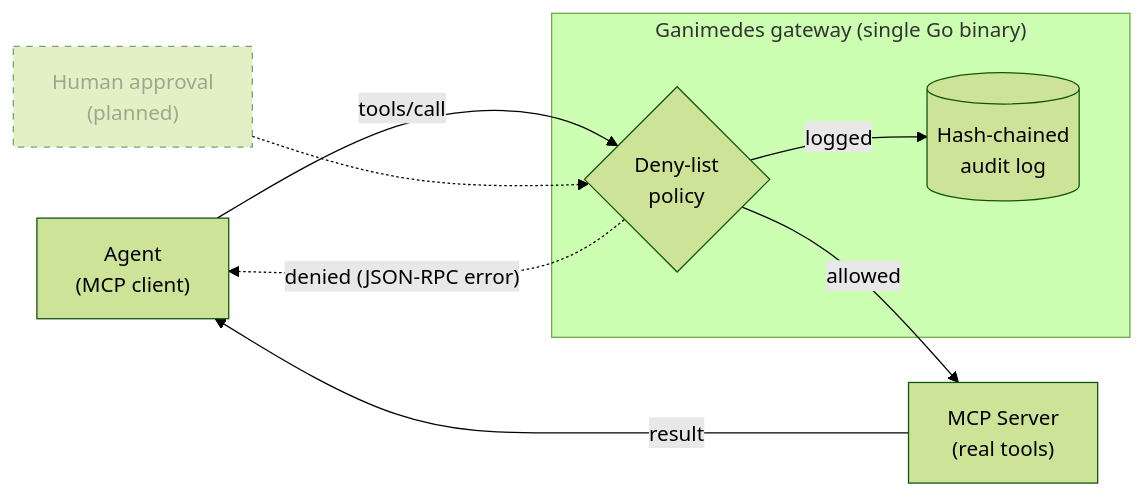
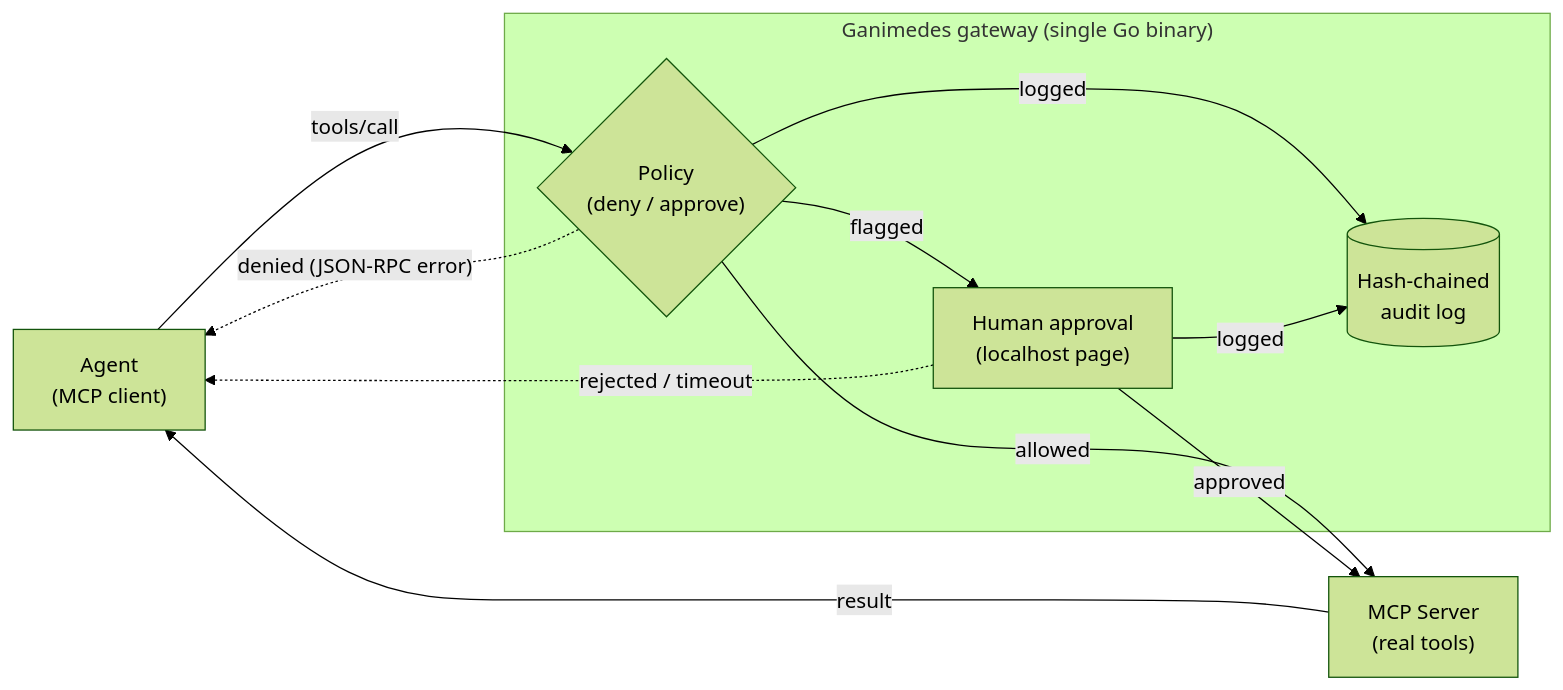
One commit to Jegoba90/Ganimedes-Project changed the diagram in README.md. Above: the diagram before and after it, drawn with Mermaid (forest theme). The commit also changed other lines of this file and 13 other files, not shown here.

````diff
--- a/README.md
+++ b/README.md
@@ -28,19 +28,21 @@
 ```mermaid
 flowchart LR
     A["Agent<br/>(MCP client)"]
     S["MCP Server<br/>(real tools)"]
 
     subgraph GAN["Ganimedes gateway (single Go binary)"]
-        POL{"Deny-list<br/>policy"}
+        POL{"Policy<br/>(deny / approve)"}
+        HITL["Human approval<br/>(localhost page)"]
         AUD[("Hash-chained<br/>audit log")]
     end
 
     A -->|"tools/call"| POL
     POL -->|"allowed"| S
+    POL -->|"flagged"| HITL
+    HITL -->|"approved"| S
     S -->|"result"| A
     POL -.->|"denied (JSON-RPC error)"| A
+    HITL -.->|"rejected / timeout"| A
     POL -->|"logged"| AUD
-
-    HITL["Human approval<br/>(planned)"]:::soon -.-> POL
-    classDef soon stroke-dasharray:5,opacity:0.55
+    HITL -->|"logged"| AUD
 ```
````
